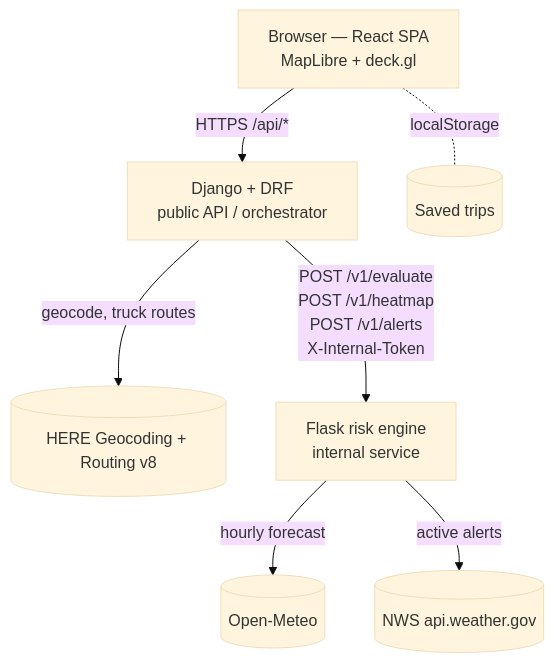
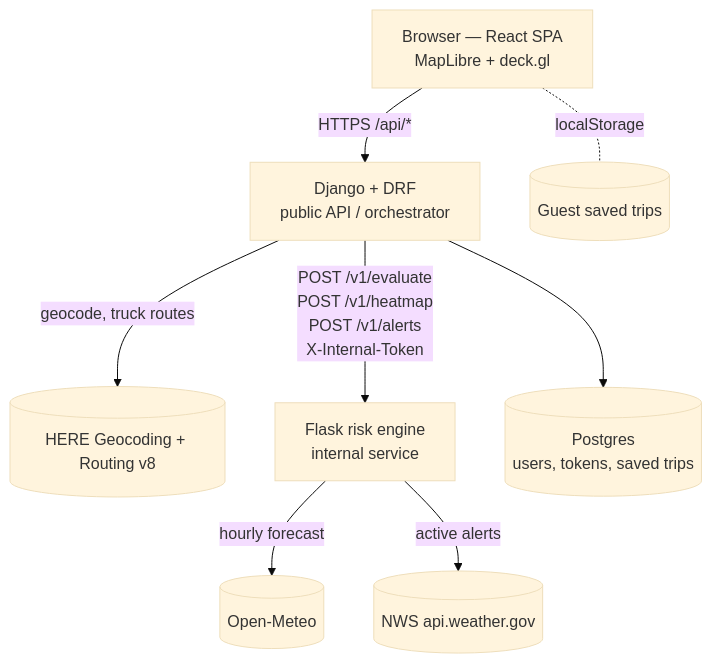
One commit to devansh9-design/Truck-Flow changed the first of 3 diagrams in docs/architecture.md. Above: the diagram before and after it, drawn with Mermaid (base theme). The commit also changed other lines of this file and 46 other files, not shown here.

Commit message:
Accounts: optional sign-in with Postgres, per-user saved trips, rate limits

````diff
--- a/docs/architecture.md
+++ b/docs/architecture.md
@@ -12,9 +12,10 @@
 ```mermaid
 flowchart TB
     U[Browser — React SPA<br/>MapLibre + deck.gl] -->|HTTPS /api/*| D[Django + DRF<br/>public API / orchestrator]
     D -->|geocode, truck routes| H[(HERE Geocoding + Routing v8)]
     D -->|POST /v1/evaluate<br/>POST /v1/heatmap<br/>POST /v1/alerts<br/>X-Internal-Token| F[Flask risk engine<br/>internal service]
     F -->|hourly forecast| O[(Open-Meteo)]
     F -->|active alerts| N[(NWS api.weather.gov)]
-    U -. localStorage .- S[(Saved trips)]
+    U -. localStorage .- S[(Guest saved trips)]
+    D --> P[(Postgres<br/>users, tokens, saved trips)]
 ```
````
